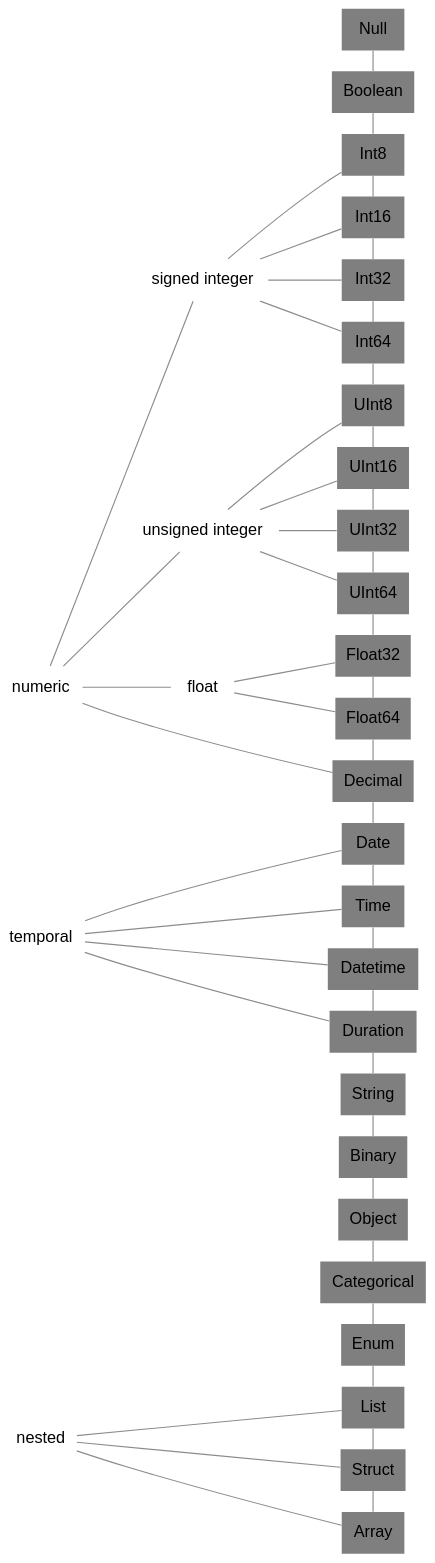
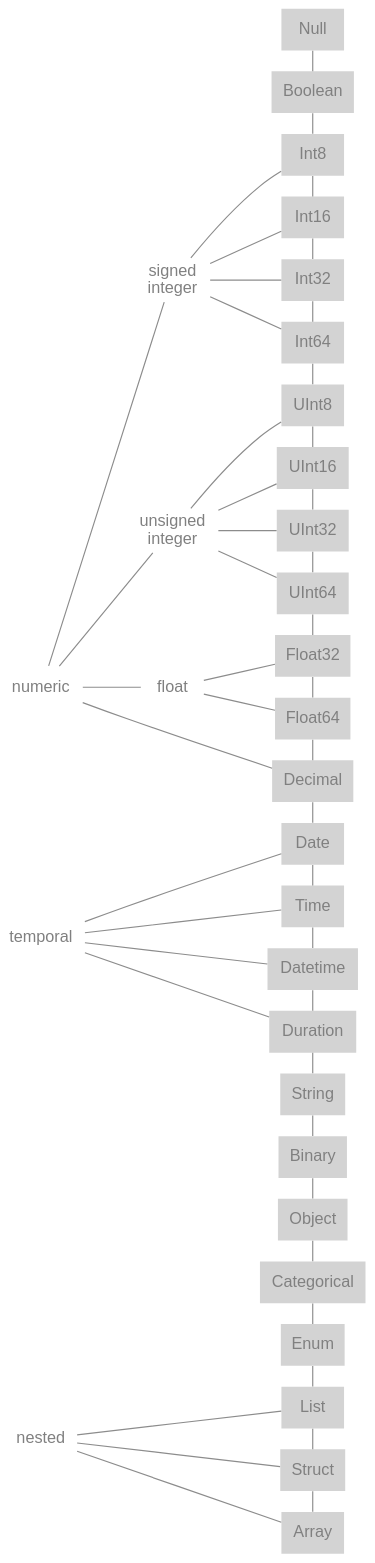
Before and after one commit to WestDRI/arc-training: the diagram in python/polars_types.qmd, drawn with Graphviz.

Commit message:
fix graphviz diagram

````diff
--- a/python/polars_types.qmd
+++ b/python/polars_types.qmd
@@ -14,70 +14,70 @@
 ```{dot}
 //| echo: false
-//| fig-height: 2000px
+//| fig-height: 1500px
 
 strict graph {
 
 bgcolor="transparent"
-node [fontname="Inconsolata, sans-serif", shape=plaintext]
+node [fontname="Inconsolata, sans-serif", shape=plaintext, fontcolor=grey]
 rankdir="LR"
 edge [color=gray55]
 
 numeric
 temporal
 nested
 
-sint [label="signed integer"]
-uint [label="unsigned integer"]
+sint [label="signed\ninteger"]
+uint [label="unsigned\ninteger"]
 float
 
-Boolean [style=filled, fillcolor=gray50]
-Decimal [style=filled, fillcolor=gray50]
+Boolean [style=filled]
+Decimal [style=filled]
 
-Date [style=filled, fillcolor=gray50]
-Time [style=filled, fillcolor=gray50]
-Datetime [style=filled, fillcolor=gray50]
-Duration [style=filled, fillcolor=gray50]
+Date [style=filled]
+Time [style=filled]
+Datetime [style=filled]
+Duration [style=filled]
 
-List [style=filled, fillcolor=gray50]
-Struct [style=filled, fillcolor=gray50]
-Array [style=filled, fillcolor=gray50]
+List [style=filled]
+Struct [style=filled]
+Array [style=filled]
 
-String [style=filled, fillcolor=gray50]
-Binary [style=filled, fillcolor=gray50]
-Object [style=filled, fillcolor=gray50]
-Categorical [style=filled, fillcolor=gray50]
-Enum [style=filled, fillcolor=gray50]
-Null [style=filled, fillcolor=gray50]
+String [style=filled]
+Binary [style=filled]
+Object [style=filled]
+Categorical [style=filled]
+Enum [style=filled]
+Null [style=filled]
 
-Int8 [style=filled, fillcolor=gray50]
-Int16 [style=filled, fillcolor=gray50]
-Int32 [style=filled, fillcolor=gray50]
-Int64 [style=filled, fillcolor=gray50]
-UInt8 [style=filled, fillcolor=gray50]
-UInt16 [style=filled, fillcolor=gray50]
-UInt32 [style=filled, fillcolor=gray50]
-UInt64 [style=filled, fillcolor=gray50]
-Float32 [style=filled, fillcolor=gray50]
-Float64 [style=filled, fillcolor=gray50]
+Int8 [style=filled]
+Int16 [style=filled]
+Int32 [style=filled]
+Int64 [style=filled]
+UInt8 [style=filled]
+UInt16 [style=filled]
+UInt32 [style=filled]
+UInt64 [style=filled]
+Float32 [style=filled]
+Float64 [style=filled]
 
 numeric -- {sint uint float Decimal}
 sint -- {Int8 Int16 Int32 Int64}
 uint -- {UInt8 UInt16 UInt32 UInt64}
 float -- {Float32 Float64}
 
 temporal -- {Date Time Datetime Duration}
 
 nested -- {List Struct Array}
 
 numeric -- temporal -- nested [style=invis]
 
 {rank=same; numeric temporal nested}
 
 {rank=same; sint uint float}
 
 Null -- Boolean -- Int8 -- Int16 -- Int32 -- Int64 -- UInt8 -- UInt16 -- UInt32 -- UInt64 -- Float32 --Float64 -- Decimal -- Date -- Time -- Datetime -- Duration -- String -- Binary -- Object -- Categorical -- Enum -- List -- Struct -- Array
 
 {rank=same; Null Boolean Int8 Int16 Int32 Int64 UInt8 UInt16 UInt32 UInt64 Float32 Float64 Decimal Date Time Datetime Duration String Binary Object Categorical Enum List Struct Array}
 
 }
 ```
````
